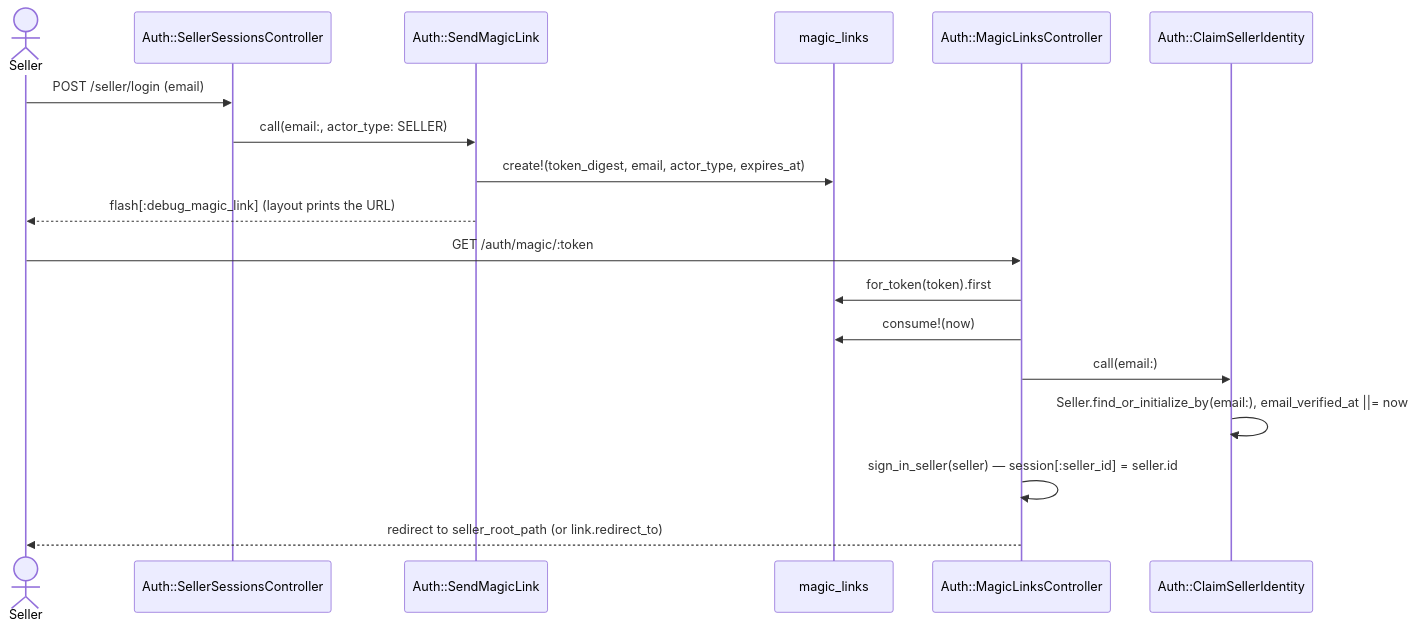
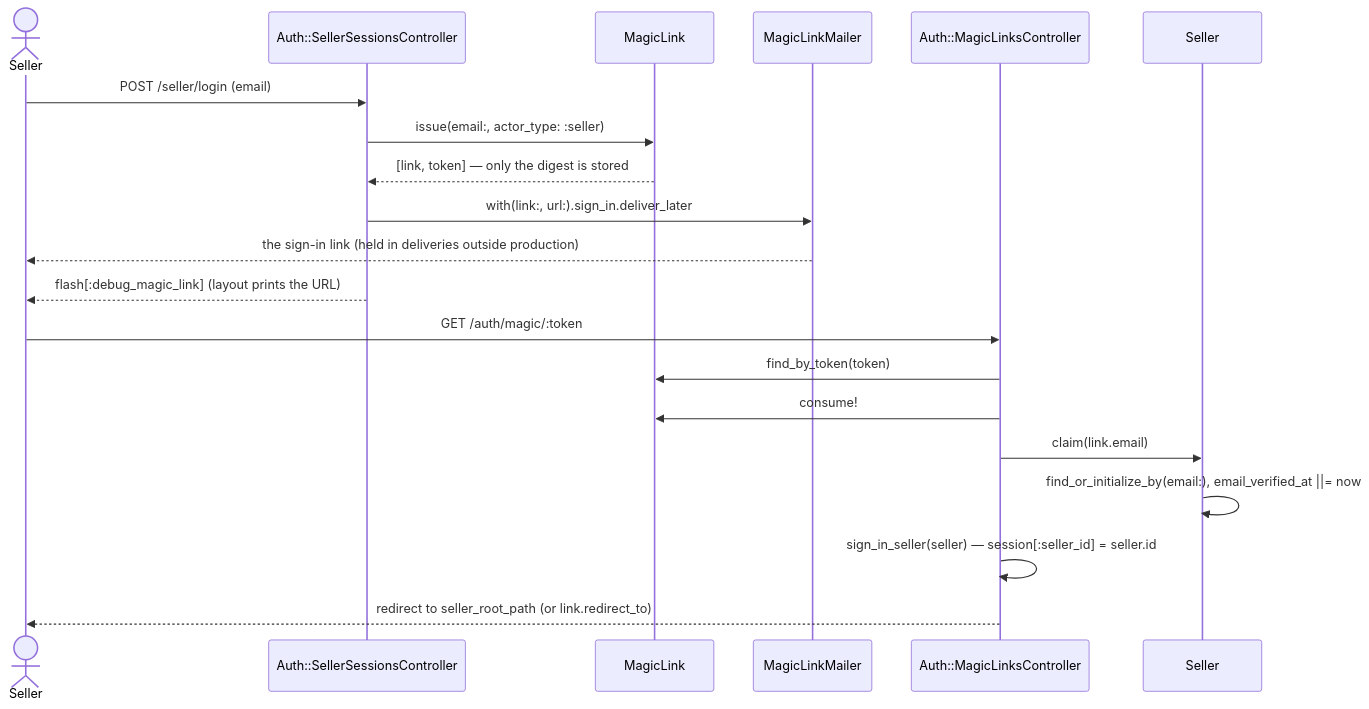
Before and after one commit to jonathan-beebe/art-store: the first of 3 diagrams in prototype/rails/docs/identity.md, drawn with Mermaid. The commit also changed other lines of this file and 349 other files, not shown here.

````diff
--- a/prototype/rails/docs/identity.md
+++ b/prototype/rails/docs/identity.md
@@ -14,22 +24,24 @@
 ```mermaid
 sequenceDiagram
     actor Seller
     participant Login as Auth::SellerSessionsController
-    participant Send as Auth::SendMagicLink
-    participant MagicLinks as magic_links
+    participant MagicLinks as MagicLink
+    participant Mailer as MagicLinkMailer
     participant Verify as Auth::MagicLinksController
-    participant Claim as Auth::ClaimSellerIdentity
+    participant Sellers as Seller
 
     Seller->>Login: POST /seller/login (email)
-    Login->>Send: call(email:, actor_type: SELLER)
-    Send->>MagicLinks: create!(token_digest, email, actor_type, expires_at)
-    Send-->>Seller: flash[:debug_magic_link] (layout prints the URL)
+    Login->>MagicLinks: issue(email:, actor_type: :seller)
+    MagicLinks-->>Login: [link, token] — only the digest is stored
+    Login->>Mailer: with(link:, url:).sign_in.deliver_later
+    Mailer-->>Seller: the sign-in link (held in deliveries outside production)
+    Login-->>Seller: flash[:debug_magic_link] (layout prints the URL)
 
     Seller->>Verify: GET /auth/magic/:token
-    Verify->>MagicLinks: for_token(token).first
-    Verify->>MagicLinks: consume!(now)
-    Verify->>Claim: call(email:)
-    Claim->>Claim: Seller.find_or_initialize_by(email:), email_verified_at ||= now
+    Verify->>MagicLinks: find_by_token(token)
+    Verify->>MagicLinks: consume!
+    Verify->>Sellers: claim(link.email)
+    Sellers->>Sellers: find_or_initialize_by(email:), email_verified_at ||= now
     Verify->>Verify: sign_in_seller(seller) — session[:seller_id] = seller.id
     Verify-->>Seller: redirect to seller_root_path (or link.redirect_to)
 ```
````
